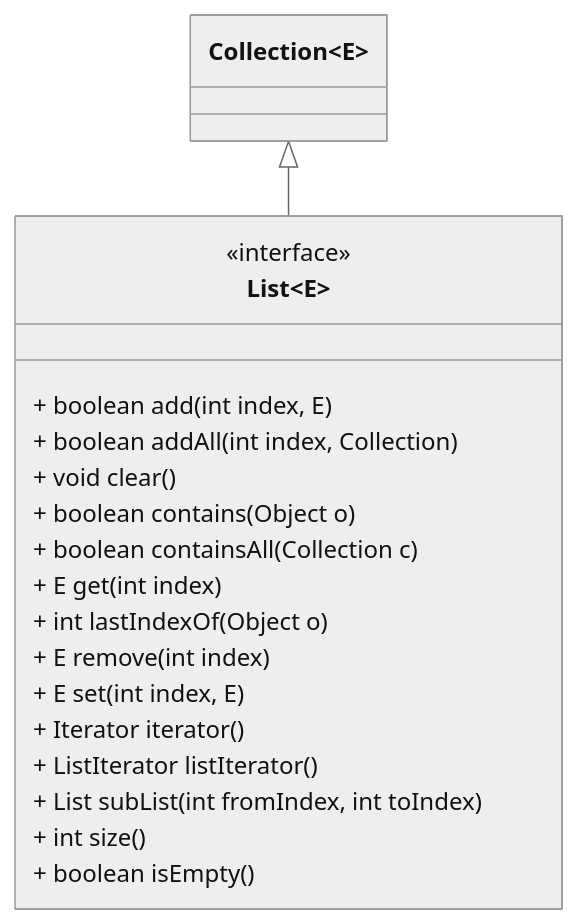
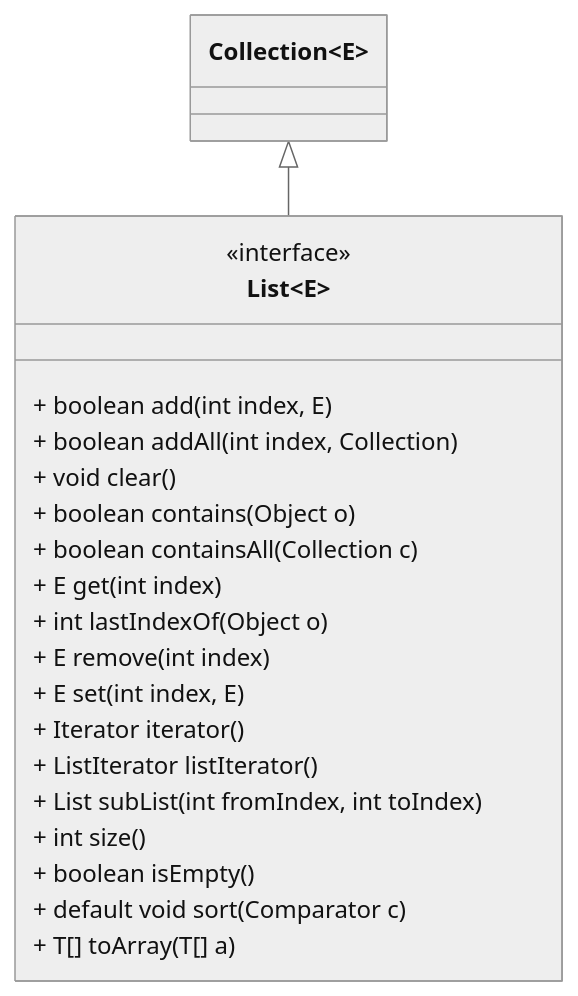
Before and after one commit to hks1/java-tutorial: the first of 2 diagrams in src/main/java/com/tutorial/collections/collection/list/list.md, drawn with Mermaid (neutral theme). The commit also changed other lines of this file and 3 other files, not shown here.

````diff
--- a/src/main/java/com/tutorial/collections/collection/list/list.md
+++ b/src/main/java/com/tutorial/collections/collection/list/list.md
@@ -6,21 +6,23 @@
 ```mermaid
 classDiagram
 Collection~E~ <|-- List~E~
 class List~E~{
 <<interface>>
 + boolean add(int index, E)
 + boolean addAll(int index, Collection<E>)
 + void clear()
 + boolean contains(Object o)
 + boolean containsAll(Collection c)
 + E get(int index)
 + int lastIndexOf(Object o)
 + E remove(int index)
 + E set(int index, E)
 + Iterator<E> iterator()
 + ListIterator<E> listIterator()
 + List<E> subList(int fromIndex, int toIndex)
 + int size()
 + boolean isEmpty()
++ default void sort(Comparator<? super E> c)
++ <T> T[] toArray(T[] a)
 }
 ```
````
